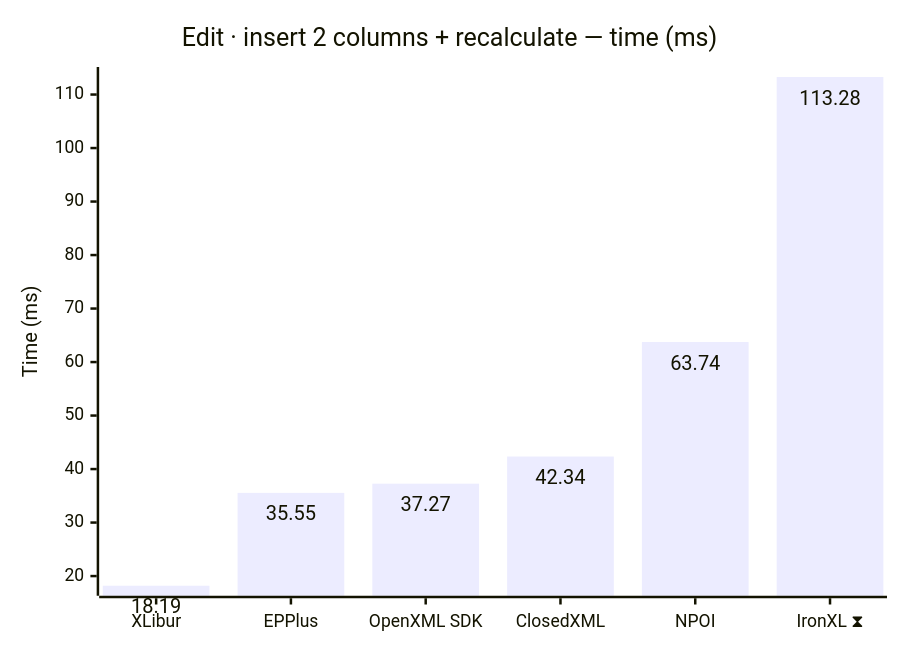
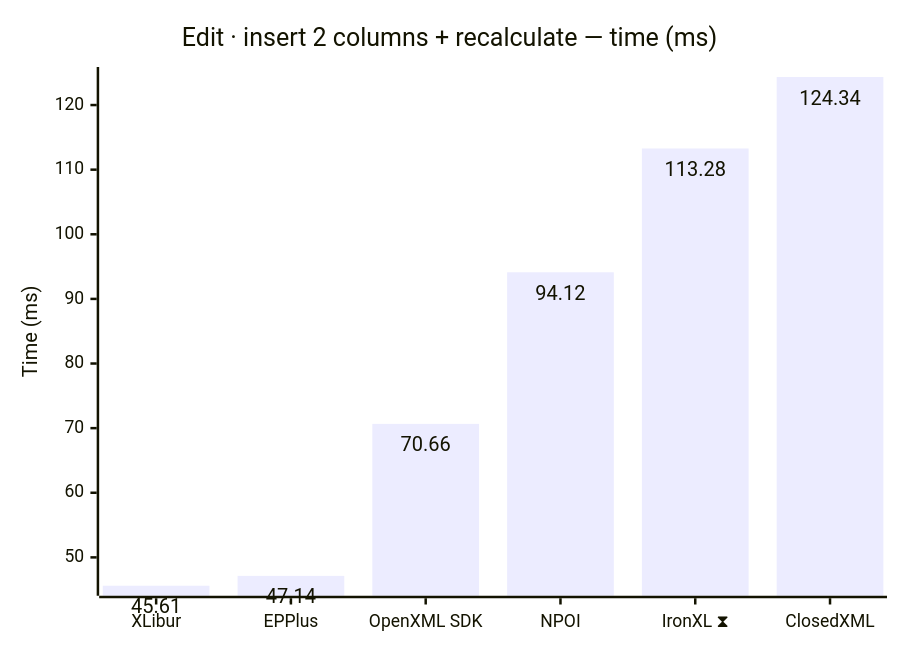
Before and after one commit to jafin/XLBench: diagram 11 of 12 in docs/results-ci.md, drawn with Mermaid. The commit also changed other lines of this file, not shown here.

````diff
--- a/docs/results-ci.md
+++ b/docs/results-ci.md
@@ -171,12 +171,12 @@
 ```mermaid
 ---
 config:
   xyChart:
     showDataLabel: true
 ---
 xychart-beta
     title "Edit · insert 2 columns + recalculate — time (ms)"
-    x-axis ["XLibur", "EPPlus", "OpenXML SDK", "ClosedXML", "NPOI", "IronXL ⧗"]
+    x-axis ["XLibur", "EPPlus", "OpenXML SDK", "NPOI", "IronXL ⧗", "ClosedXML"]
     y-axis "Time (ms)"
-    bar [18.19, 35.55, 37.27, 42.34, 63.74, 113.28]
+    bar [45.61, 47.14, 70.66, 94.12, 113.28, 124.34]
 ```
````
